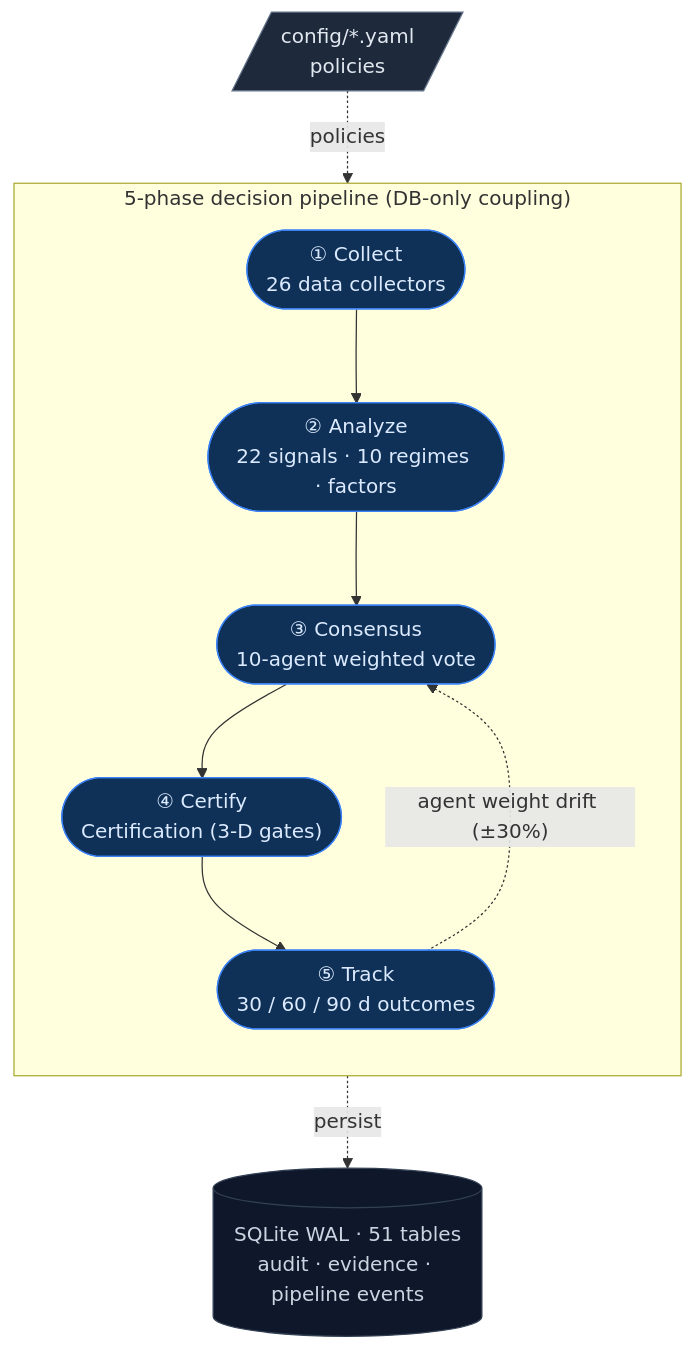
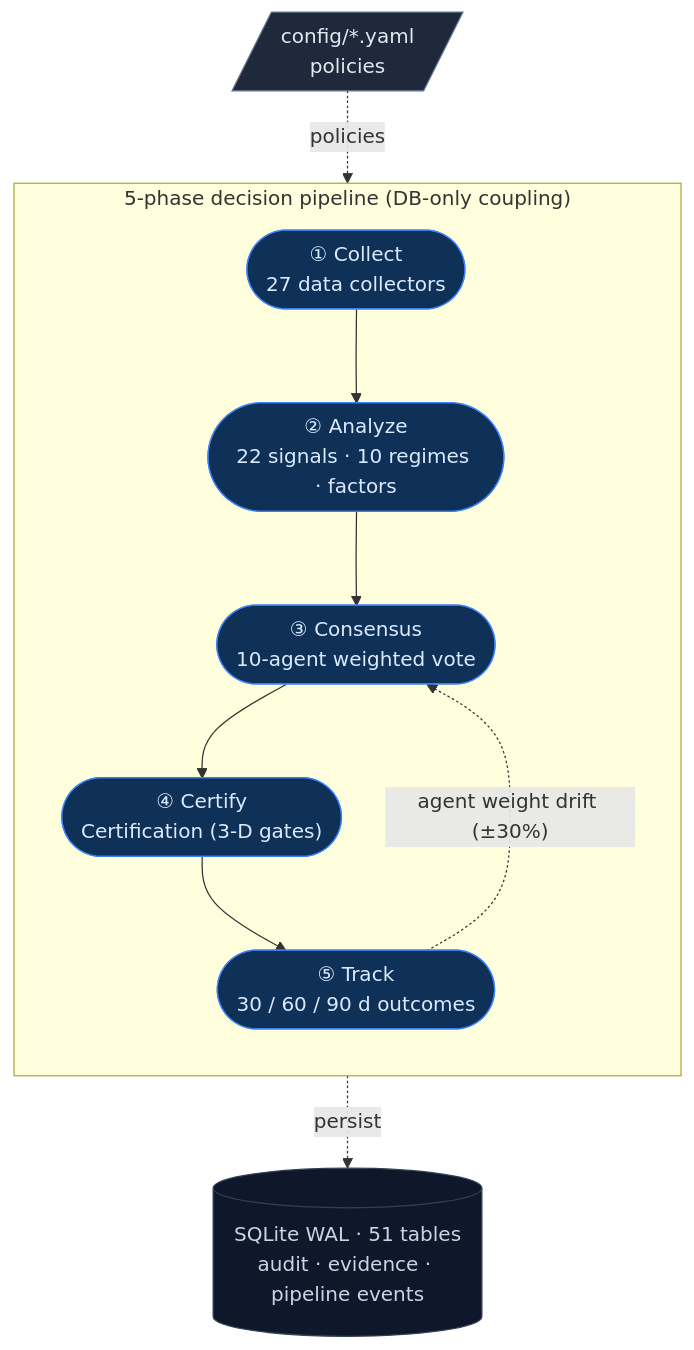
The diagram in README.md (researcherhojin/nuri-quant), drawn with Mermaid before and after one commit. The commit also changed other lines of this file, not shown here.

First line of the commit message:
docs(readme): fix count drift — collectors 27, backend tests 6,164/271 files (#806)

````diff
--- a/README.md
+++ b/README.md
@@ -42,25 +42,25 @@
 ```mermaid
 flowchart TB
     CFG[/"config/*.yaml<br/>policies"/]:::source
 
     subgraph Pipeline["5-phase decision pipeline (DB-only coupling)"]
         direction TB
-        A(["① Collect<br/>26 data collectors"]):::pipe
+        A(["① Collect<br/>27 data collectors"]):::pipe
         B(["② Analyze<br/>22 signals · 10 regimes · factors"]):::pipe
         C(["③ Consensus<br/>10-agent weighted vote"]):::pipe
         D(["④ Certify<br/>Certification (3-D gates)"]):::pipe
         E(["⑤ Track<br/>30 / 60 / 90 d outcomes"]):::pipe
 
         A --> B --> C --> D --> E
         E -. "agent weight drift (±30%)" .-> C
     end
 
     DB[("SQLite WAL · 51 tables<br/>audit · evidence · pipeline events")]:::sink
 
     CFG -. policies .-> Pipeline
     Pipeline -. persist .-> DB
 
     classDef source fill:#1e293b,stroke:#64748b,color:#e2e8f0
     classDef pipe   fill:#0f3057,stroke:#3b82f6,color:#dbeafe
     classDef sink   fill:#0f172a,stroke:#334155,color:#cbd5e1
 ```
````
